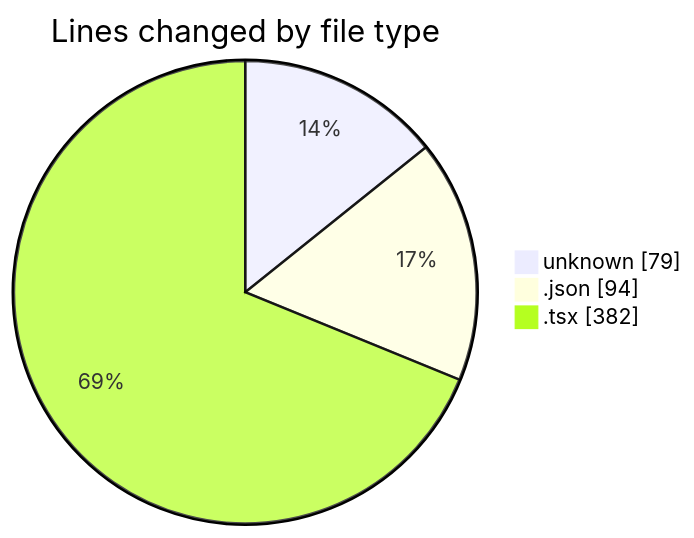
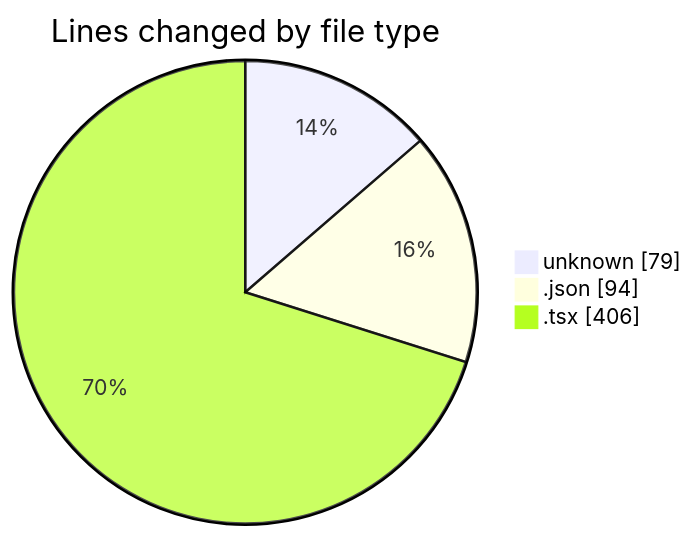
One commit to JenPaints/code-tracking changed the first of 2 diagrams in 2025-07-24/cohera/README.md. Above: the diagram before and after it, drawn with Mermaid. The commit also changed other lines of this file and 1 other file, not shown here.

````diff
--- a/2025-07-24/cohera/README.md
+++ b/2025-07-24/cohera/README.md
@@ -27,7 +27,7 @@
 ```mermaid
 pie showData
 title Lines changed by file type
 "unknown" : 79
 ".json" : 94
-".tsx" : 382
+".tsx" : 406
 ```
````
